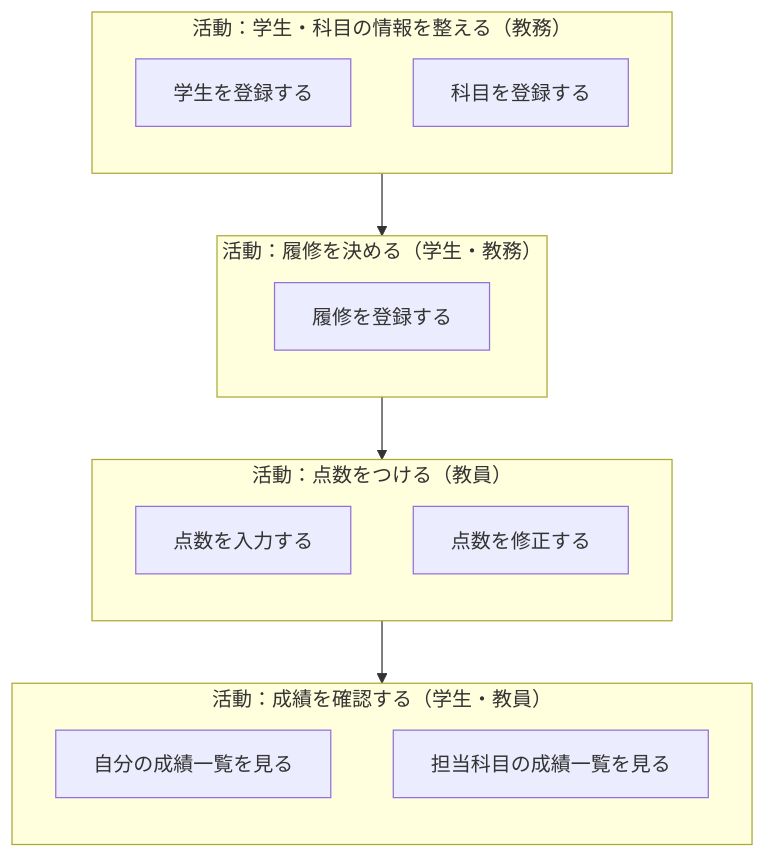
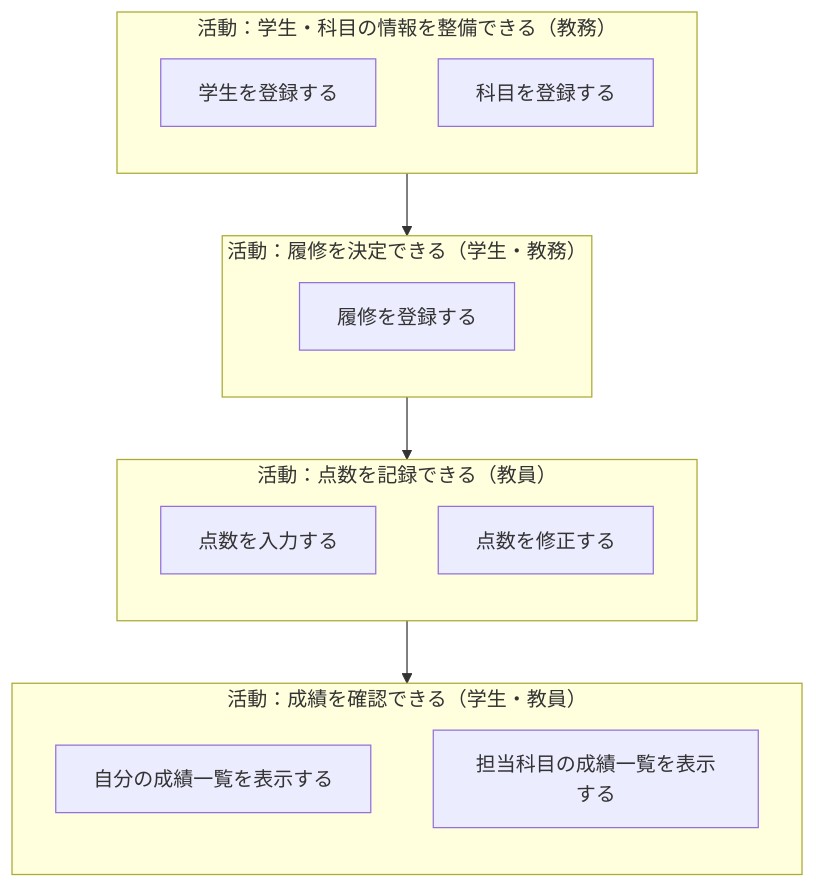
The diagram in 上流工程/04_ユーザーストーリーとマッピング.md (YTS0418/PRMN_SYSTEM_Lecture), drawn with Mermaid before and after one commit. The commit also changed other lines of this file and 3 other files, not shown here.

First line of the commit message:
docs(上流工程): ユーザーストーリーマップを 3 色の付箋の図に差し替え、04・05 章を修正

````diff
--- a/上流工程/04_ユーザーストーリーとマッピング.md
+++ b/上流工程/04_ユーザーストーリーとマッピング.md
@@ -138,23 +131,23 @@
 ```mermaid
 flowchart TB
-    subgraph A1["活動：学生・科目の情報を整える（教務）"]
+    subgraph A1["活動：学生・科目の情報を整備できる（教務）"]
         direction TB
         s1["学生を登録する"]
         s2["科目を登録する"]
     end
-    subgraph A2["活動：履修を決める（学生・教務）"]
+    subgraph A2["活動：履修を決定できる（学生・教務）"]
         direction TB
         s3["履修を登録する"]
     end
-    subgraph A3["活動：点数をつける（教員）"]
+    subgraph A3["活動：点数を記録できる（教員）"]
         direction TB
         s4["点数を入力する"]
         s5["点数を修正する"]
     end
-    subgraph A4["活動：成績を確認する（学生・教員）"]
+    subgraph A4["活動：成績を確認できる（学生・教員）"]
         direction TB
-        s6["自分の成績一覧を見る"]
-        s7["担当科目の成績一覧を見る"]
+        s6["自分の成績一覧を表示する"]
+        s7["担当科目の成績一覧を表示する"]
     end
     A1 --> A2 --> A3 --> A4
 ```
````
